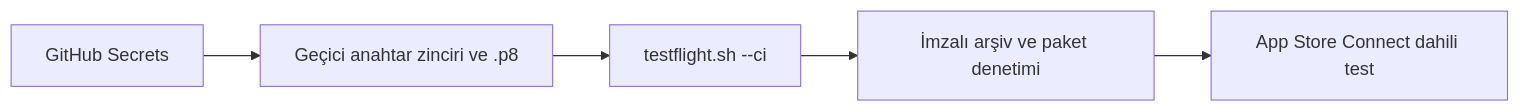
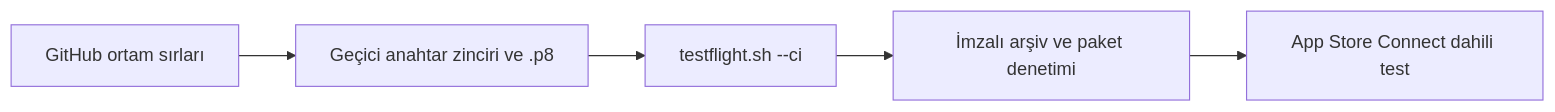
The fifth of 7 diagrams in README.md (dogancanyildiz/kenet), drawn with Mermaid before and after one commit. The commit also changed other lines of this file and 9 other files, not shown here.

````diff
--- a/README.md
+++ b/README.md
@@ -274,7 +274,7 @@
 ```mermaid
 flowchart LR
-  A[GitHub Secrets] --> B[Geçici anahtar zinciri ve .p8]
+  A[GitHub ortam sırları] --> B[Geçici anahtar zinciri ve .p8]
   B --> C["testflight.sh --ci"]
   C --> D[İmzalı arşiv ve paket denetimi]
   D --> E[App Store Connect dahili test]
 ```
````
